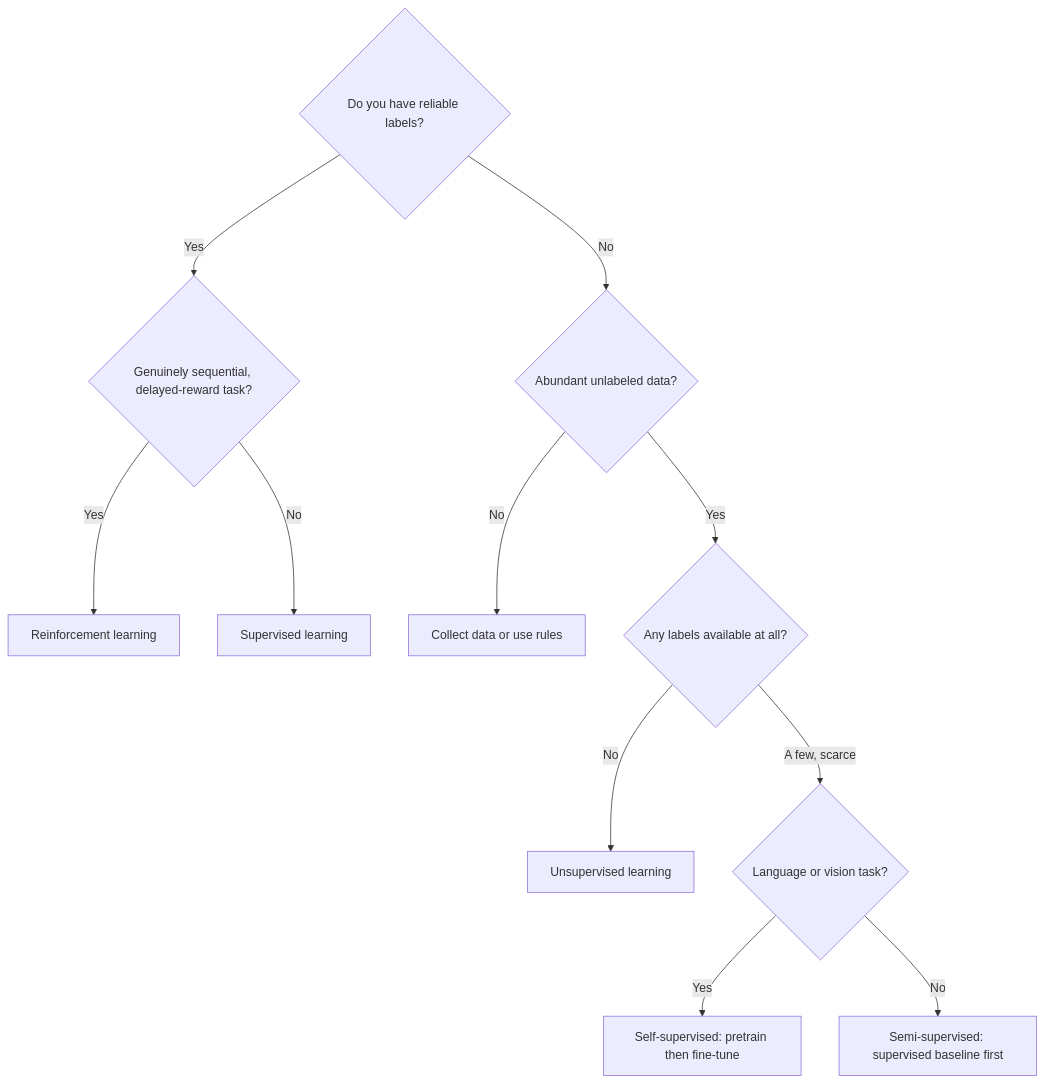
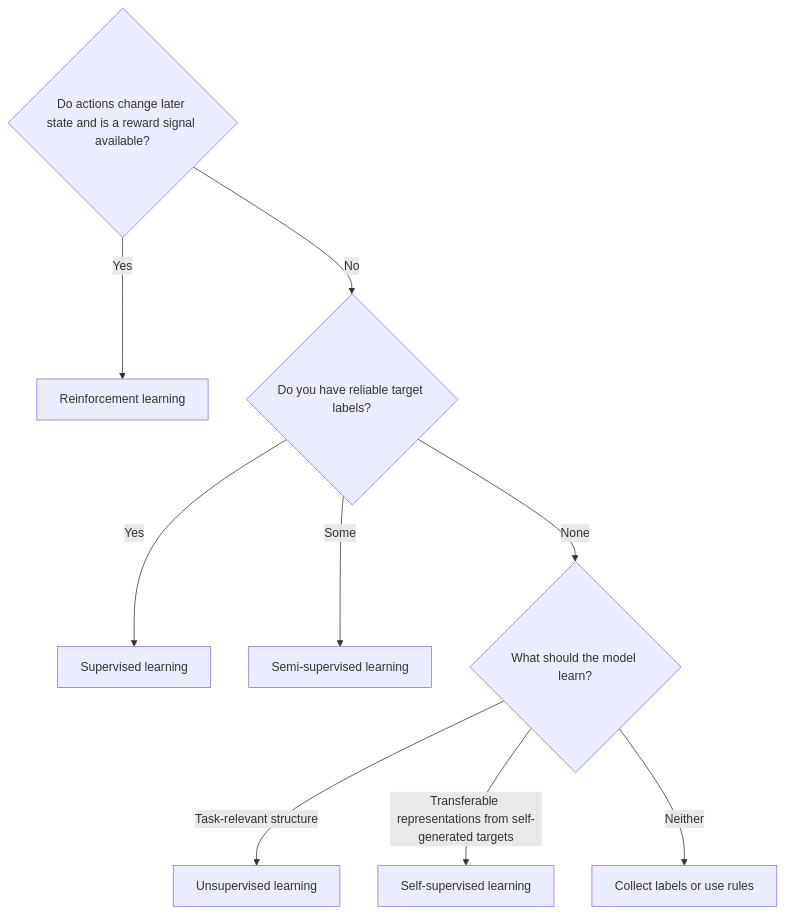
The diagram in Vault/Home/AI & ML/Machine Learning/Types/Types.md (grafanaKibana/devbook.zip), drawn with Mermaid before and after one commit. The commit also changed other lines of this file and 73 other files, not shown here.

````diff
--- a/Vault/Home/AI & ML/Machine Learning/Types/Types.md
+++ b/Vault/Home/AI & ML/Machine Learning/Types/Types.md
@@ -104,13 +76,11 @@
 ```mermaid
 flowchart TD
-    A{Do you have reliable labels?} -->|Yes| B{Genuinely sequential, delayed-reward task?}
-    A -->|No| C{Abundant unlabeled data?}
-    B -->|Yes| D[Reinforcement learning]
-    B -->|No| E[Supervised learning]
-    C -->|No| F[Collect data or use rules]
-    C -->|Yes| G{Any labels available at all?}
-    G -->|No| H[Unsupervised learning]
-    G -->|A few, scarce| I{Language or vision task?}
-    I -->|Yes| J[Self-supervised: pretrain then fine-tune]
-    I -->|No| K[Semi-supervised: supervised baseline first]
+    A{Do actions change later state and is a reward signal available?} -->|Yes| D[Reinforcement learning]
+    A -->|No| B{Do you have reliable target labels?}
+    B -->|Yes| E[Supervised learning]
+    B -->|Some| C[Semi-supervised learning]
+    B -->|None| G{What should the model learn?}
+    G -->|Task-relevant structure| H[Unsupervised learning]
+    G -->|Transferable representations from self-generated targets| I[Self-supervised learning]
+    G -->|Neither| F[Collect labels or use rules]
 ```
````
